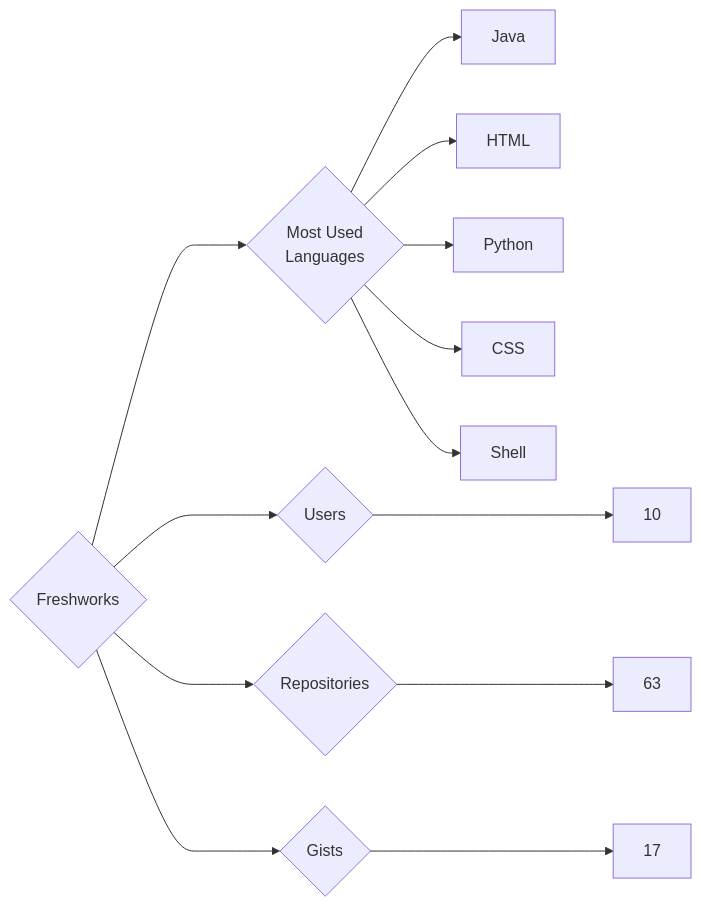
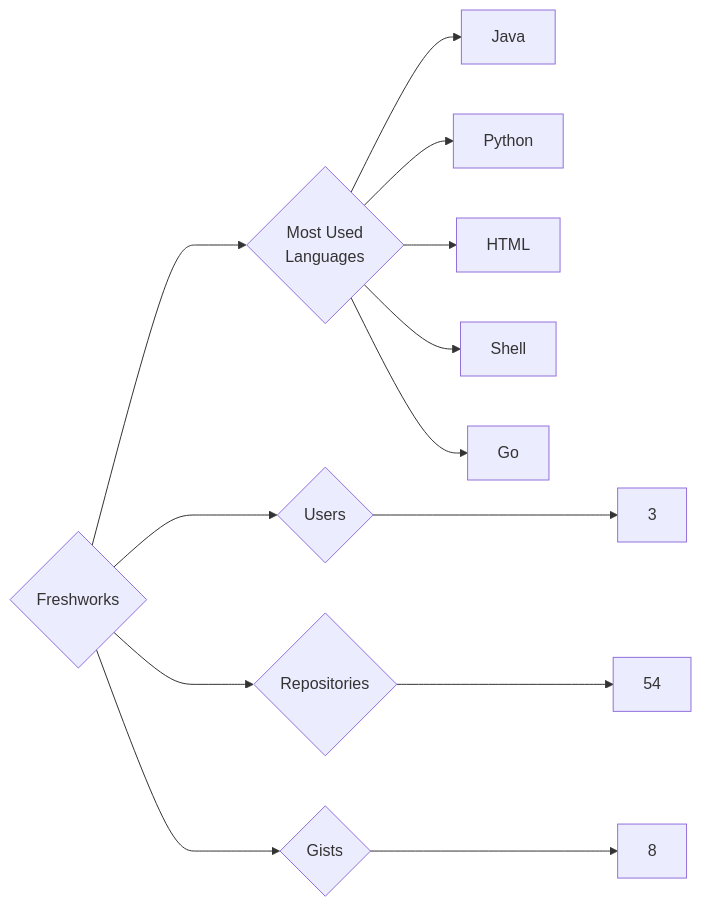
Before and after one commit to trickest/insiders: the diagram in targets/Freshworks/README.md, drawn with Mermaid. The commit also changed 895 other files, not shown here.

````diff
--- a/targets/Freshworks/README.md
+++ b/targets/Freshworks/README.md
@@ -3,13 +3,13 @@
 ```mermaid
 graph LR
 COMPANY_NAME{Freshworks}
-COMPANY_NAME ---> U{Users} ---> UN[10]
-COMPANY_NAME ---> R{Repositories} ---> RN[63]
-COMPANY_NAME ---> G{Gists} ---> GN[17]
+COMPANY_NAME ---> U{Users} ---> UN[3]
+COMPANY_NAME ---> R{Repositories} ---> RN[54]
+COMPANY_NAME ---> G{Gists} ---> GN[8]
 COMPANY_NAME ---> ML{Most Used<br>Languages}
 ML --> Java[Java]
+ML --> Python[Python]
 ML --> HTML[HTML]
-ML --> Python[Python]
-ML --> CSS[CSS]
 ML --> Shell[Shell]
+ML --> Go[Go]
 ```
````
